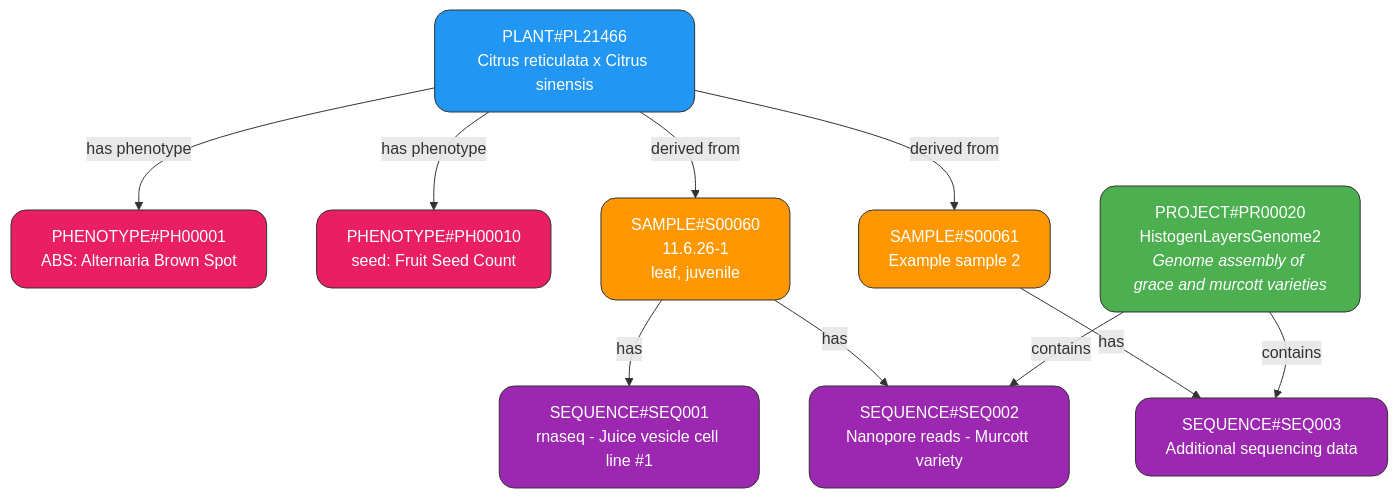
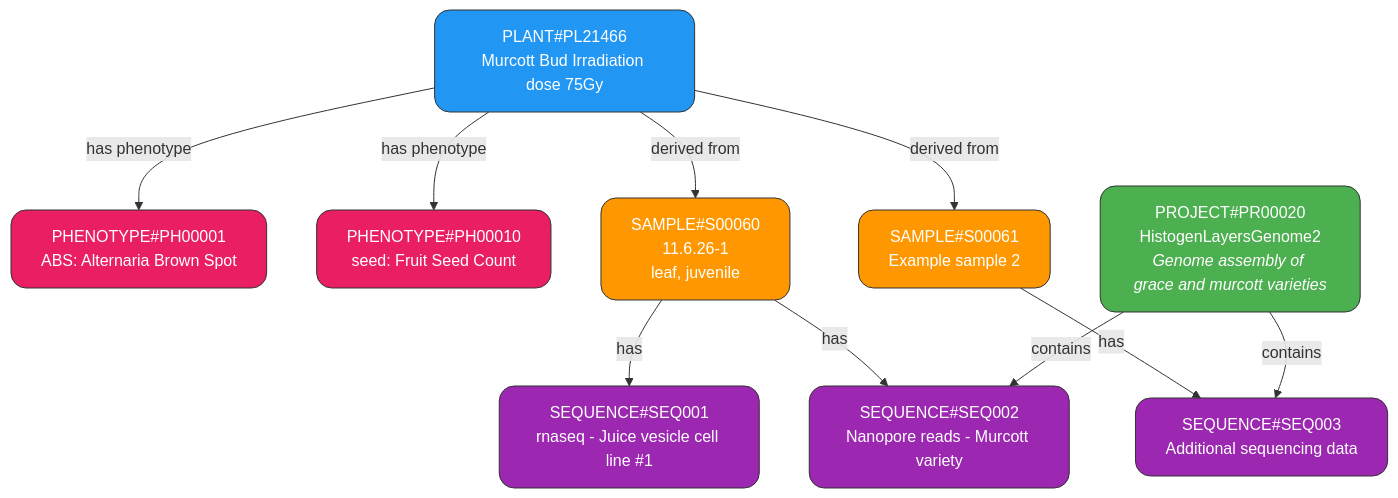
The diagram in DB/Readme.md (prentis-lab/SampleDashbord), drawn with Mermaid before and after one commit.

````diff
--- a/DB/Readme.md
+++ b/DB/Readme.md
@@ -3,42 +3,42 @@
 ```mermaid
 
 graph TD
     %% Top Level - Plant
-    Plant[PLANT#PL21466<br/>Citrus reticulata x Citrus sinensis]
+    Plant[PLANT#PL21466<br/>Murcott Bud Irradiation dose 75Gy]
 
     %% Phenotypes for the Plant
     Plant -->|has phenotype| Pheno1[PHENOTYPE#PH00001<br/> ABS: Alternaria Brown Spot]
     Plant -->|has phenotype| Pheno2[PHENOTYPE#PH00010<br/> seed: Fruit Seed Count]
 
     %% Samples derived from Plant
     Plant -->|derived from| Sample1[SAMPLE#S00060<br/>11.6.26-1<br/>leaf, juvenile]
     Plant -->|derived from| Sample2[SAMPLE#S00061<br/>Example sample 2]
 
     %% Sample → Sequences
     Sample1 -->|has| Seq1[SEQUENCE#SEQ001<br/>rnaseq - Juice vesicle cell line #1]
     Sample1 -->|has| Seq2[SEQUENCE#SEQ002<br/>Nanopore reads - Murcott variety]
 
     Sample2 -->|has| Seq3[SEQUENCE#SEQ003<br/>Additional sequencing data]
 
     %% Project at bottom
     Project[PROJECT#PR00020<br/>HistogenLayersGenome2<br/><i>Genome assembly of grace and murcott varieties</i>]
     
     Project -->|contains| Seq2
     Project -->|contains| Seq3
 
     classDef project fill:#4CAF50,stroke:#333,color:white,rx:15,ry:15;
     classDef plant fill:#2196F3,stroke:#333,color:white,rx:15,ry:15;
     classDef sample fill:#FF9800,stroke:#333,color:white,rx:15,ry:15;
     classDef sequence fill:#9C27B0,stroke:#333,color:white,rx:15,ry:15;
     classDef phenotype fill:#E91E63,stroke:#333,color:white,rx:15,ry:15;
 
     class Project project;
     class Plant plant;
     class Sample1,Sample2 sample;
     class Seq1,Seq2,Seq3 sequence;
     class Pheno1,Pheno2 phenotype;
 
 
 
 
 ```
````
